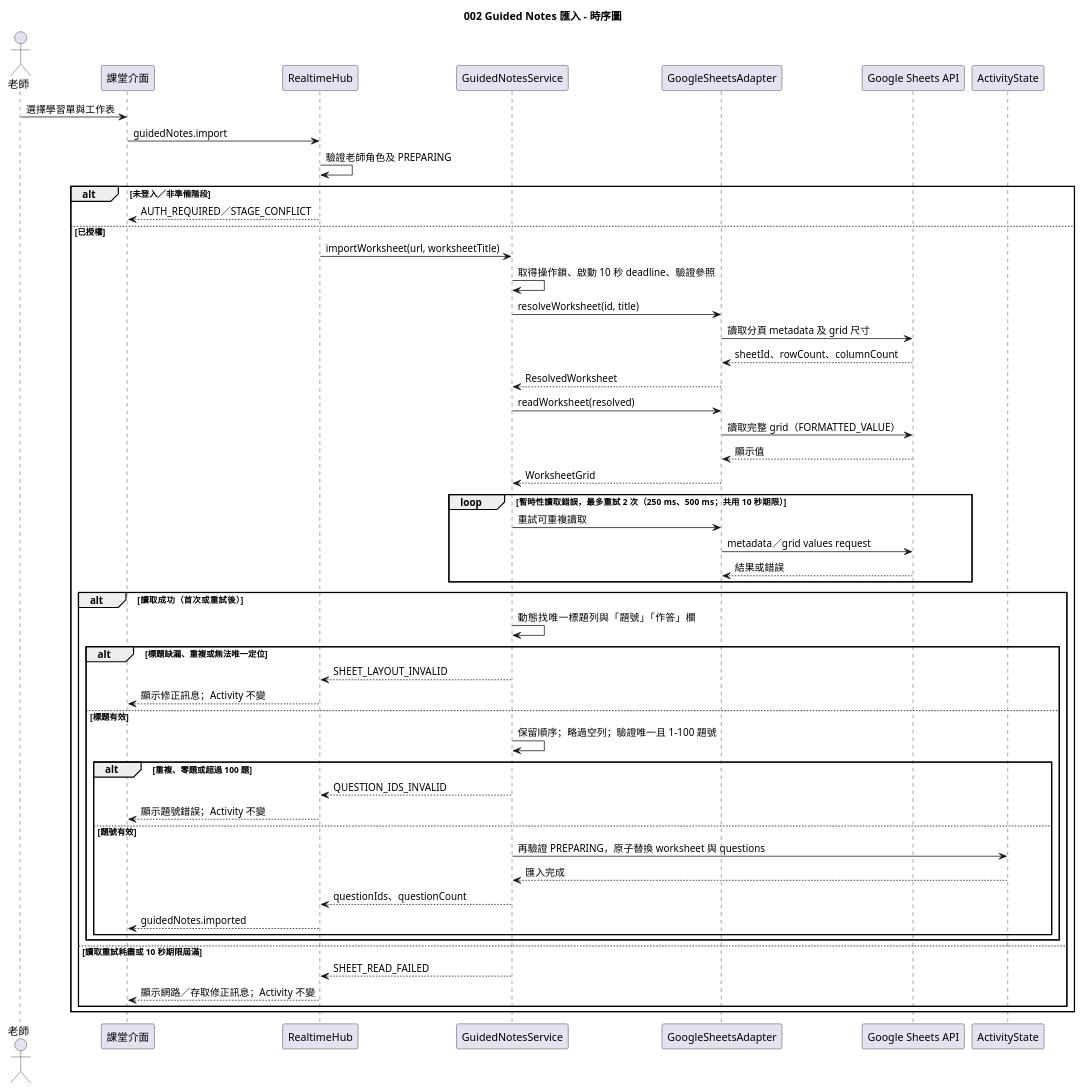
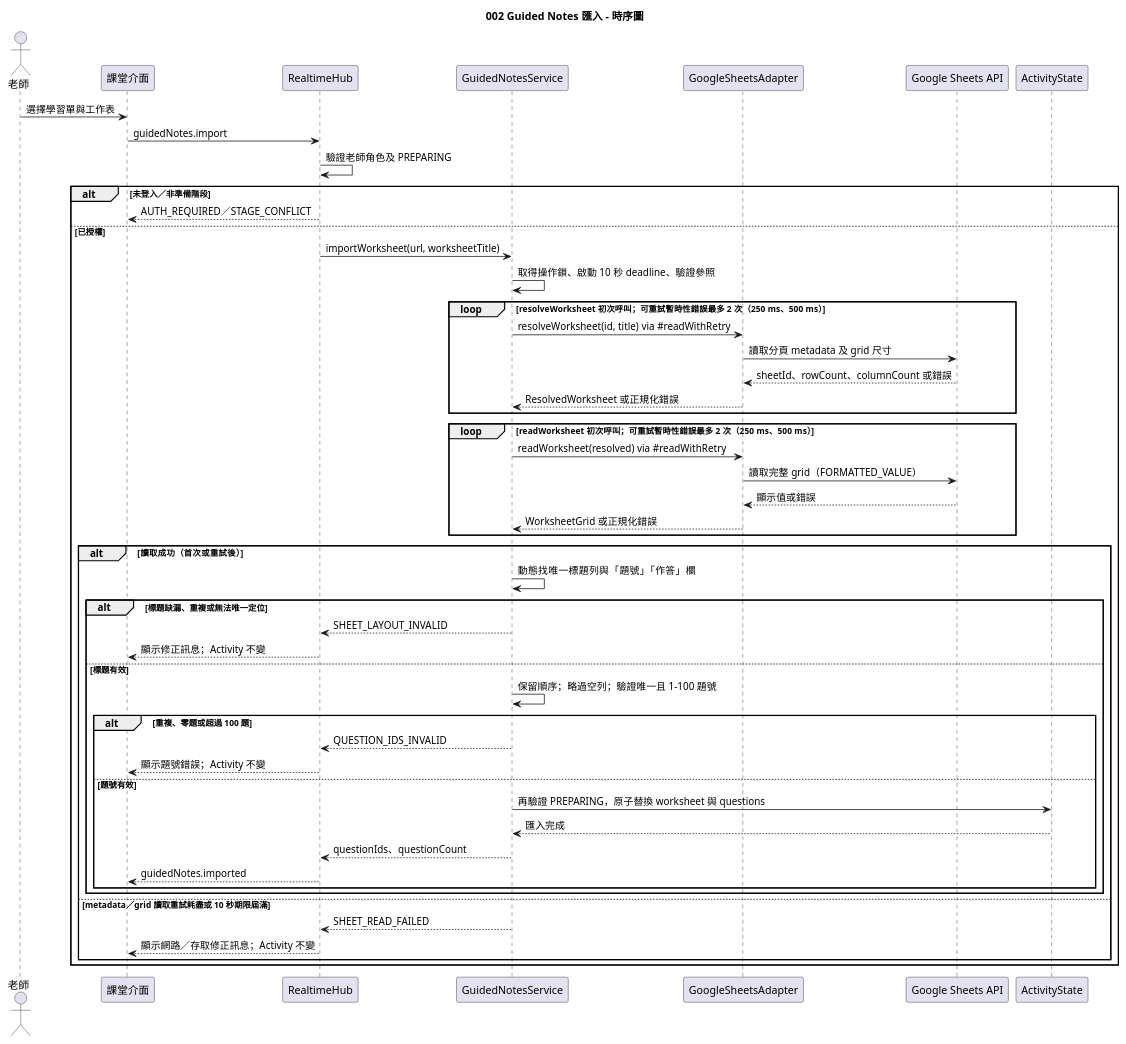
The diagram in diagrams/002-guided-notes-sequence-import.puml (ncuyvonne/speckit-buzzer), drawn with PlantUML before and after one commit. The commit also changed 19 other files, not shown here.

```diff
--- a/diagrams/002-guided-notes-sequence-import.puml
+++ b/diagrams/002-guided-notes-sequence-import.puml
@@ -1,54 +1,53 @@
 @startuml
 title 002 Guided Notes 匯入 - 時序圖
 actor "老師" as Teacher
 participant "課堂介面" as UI
 participant "RealtimeHub" as Hub
 participant "GuidedNotesService" as Import
 participant "GoogleSheetsAdapter" as Adapter
 participant "Google Sheets API" as Sheet
 participant "ActivityState" as Activity
 
 Teacher -> UI : 選擇學習單與工作表
 UI -> Hub : guidedNotes.import
 Hub -> Hub : 驗證老師角色及 PREPARING
 alt 未登入／非準備階段
   Hub --> UI : AUTH_REQUIRED／STAGE_CONFLICT
 else 已授權
   Hub -> Import : importWorksheet(url, worksheetTitle)
   Import -> Import : 取得操作鎖、啟動 10 秒 deadline、驗證參照
-  Import -> Adapter : resolveWorksheet(id, title)
-  Adapter -> Sheet : 讀取分頁 metadata 及 grid 尺寸
-  Sheet --> Adapter : sheetId、rowCount、columnCount
-  Adapter --> Import : ResolvedWorksheet
-  Import -> Adapter : readWorksheet(resolved)
-  Adapter -> Sheet : 讀取完整 grid（FORMATTED_VALUE）
-  Sheet --> Adapter : 顯示值
-  Adapter --> Import : WorksheetGrid
-  loop 暫時性讀取錯誤，最多重試 2 次（250 ms、500 ms；共用 10 秒期限）
-    Import -> Adapter : 重試可重複讀取
-    Adapter -> Sheet : metadata／grid values request
-    Sheet --> Adapter : 結果或錯誤
+  loop resolveWorksheet 初次呼叫；可重試暫時性錯誤最多 2 次（250 ms、500 ms）
+    Import -> Adapter : resolveWorksheet(id, title) via #readWithRetry
+    Adapter -> Sheet : 讀取分頁 metadata 及 grid 尺寸
+    Sheet --> Adapter : sheetId、rowCount、columnCount 或錯誤
+    Adapter --> Import : ResolvedWorksheet 或正規化錯誤
+  end
+  loop readWorksheet 初次呼叫；可重試暫時性錯誤最多 2 次（250 ms、500 ms）
+    Import -> Adapter : readWorksheet(resolved) via #readWithRetry
+    Adapter -> Sheet : 讀取完整 grid（FORMATTED_VALUE）
+    Sheet --> Adapter : 顯示值或錯誤
+    Adapter --> Import : WorksheetGrid 或正規化錯誤
   end
   alt 讀取成功（首次或重試後）
     Import -> Import : 動態找唯一標題列與「題號」「作答」欄
     alt 標題缺漏、重複或無法唯一定位
       Import --> Hub : SHEET_LAYOUT_INVALID
       Hub --> UI : 顯示修正訊息；Activity 不變
     else 標題有效
       Import -> Import : 保留順序；略過空列；驗證唯一且 1–100 題號
       alt 重複、零題或超過 100 題
         Import --> Hub : QUESTION_IDS_INVALID
         Hub --> UI : 顯示題號錯誤；Activity 不變
       else 題號有效
         Import -> Activity : 再驗證 PREPARING，原子替換 worksheet 與 questions
         Activity --> Import : 匯入完成
         Import --> Hub : questionIds、questionCount
         Hub --> UI : guidedNotes.imported
       end
     end
-  else 讀取重試耗盡或 10 秒期限屆滿
+  else metadata／grid 讀取重試耗盡或 10 秒期限屆滿
     Import --> Hub : SHEET_READ_FAILED
     Hub --> UI : 顯示網路／存取修正訊息；Activity 不變
   end
 end
 @enduml
```
